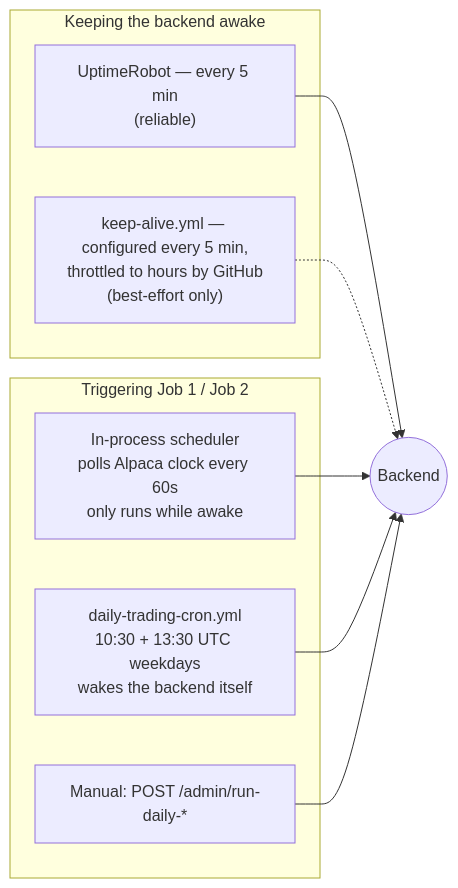
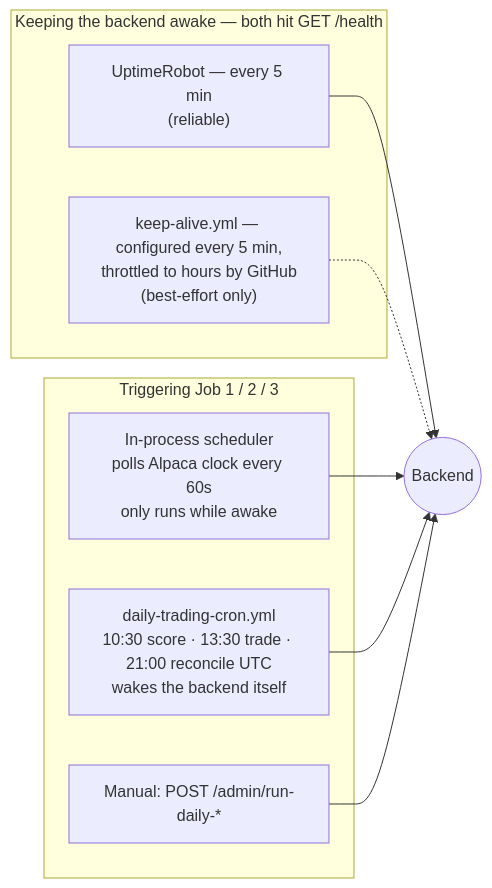
The third of 5 diagrams in ARCHITECTURE.md (shivam-tamboli/momentum-trading-system), drawn with Mermaid before and after one commit. The commit also changed other lines of this file and 1 other file, not shown here.

Commit message:
docs: update README and ARCHITECTURE with latest changes

````diff
--- a/ARCHITECTURE.md
+++ b/ARCHITECTURE.md
@@ -44,19 +49,19 @@
 ```mermaid
 flowchart LR
-    subgraph Wake["Keeping the backend awake"]
+    subgraph Wake["Keeping the backend awake — both hit GET /health"]
         UR["UptimeRobot — every 5 min<br/>(reliable)"]
         GHKA["keep-alive.yml — configured every 5 min,<br/>throttled to hours by GitHub<br/>(best-effort only)"]
     end
 
-    subgraph Trigger["Triggering Job 1 / Job 2"]
+    subgraph Trigger["Triggering Job 1 / 2 / 3"]
         INPROC["In-process scheduler<br/>polls Alpaca clock every 60s<br/>only runs while awake"]
-        EXTCRON["daily-trading-cron.yml<br/>10:30 + 13:30 UTC weekdays<br/>wakes the backend itself"]
+        EXTCRON["daily-trading-cron.yml<br/>10:30 score · 13:30 trade · 21:00 reconcile UTC<br/>wakes the backend itself"]
         MANUAL["Manual: POST /admin/run-daily-*"]
     end
 
     UR --> BE((Backend))
     GHKA -.-> BE
     INPROC --> BE
     EXTCRON --> BE
     MANUAL --> BE
 ```
````
